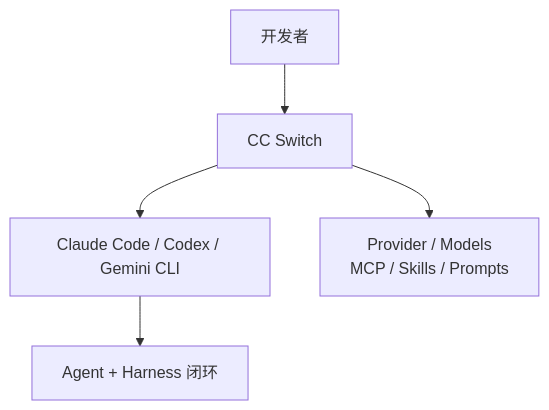
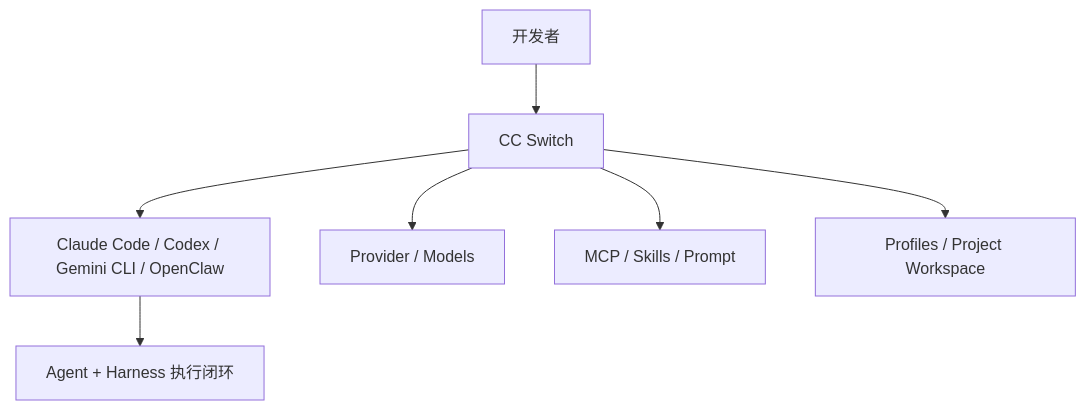
The second of 3 diagrams in sections/03-ccswitch.md (boycecong-hue/OCTOPUS-GAME-AI-SHARE), drawn with Mermaid before and after one commit. The commit also changed other lines of this file, not shown here.

````diff
--- a/sections/03-ccswitch.md
+++ b/sections/03-ccswitch.md
@@ -33,7 +35,9 @@
 ```mermaid
 flowchart TB
     U["开发者"] --> C["CC Switch"]
-    C --> CLI["Claude Code / Codex / Gemini CLI"]
-    C --> CFG["Provider / Models<br/>MCP / Skills / Prompts"]
-    CLI --> H["Agent + Harness 闭环"]
+    C --> CLI["Claude Code / Codex / Gemini CLI / OpenClaw"]
+    C --> Model["Provider / Models"]
+    C --> Tooling["MCP / Skills / Prompt"]
+    C --> State["Profiles / Project Workspace"]
+    CLI --> H["Agent + Harness 执行闭环"]
 ```
````
